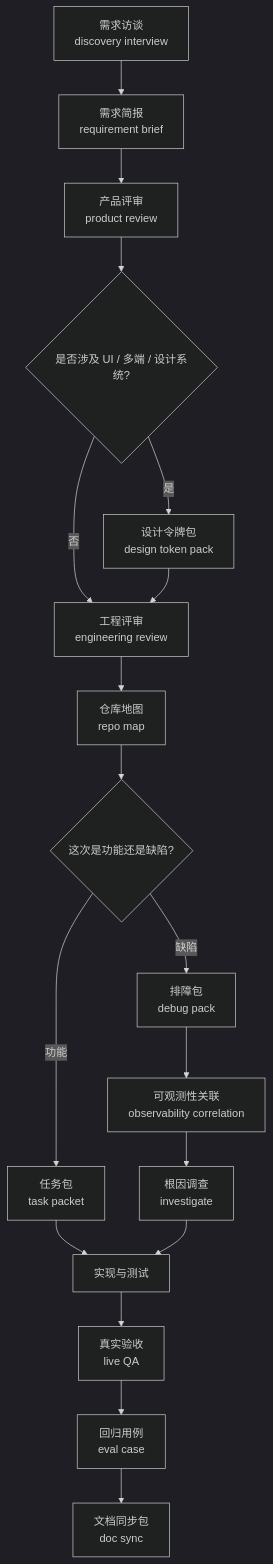
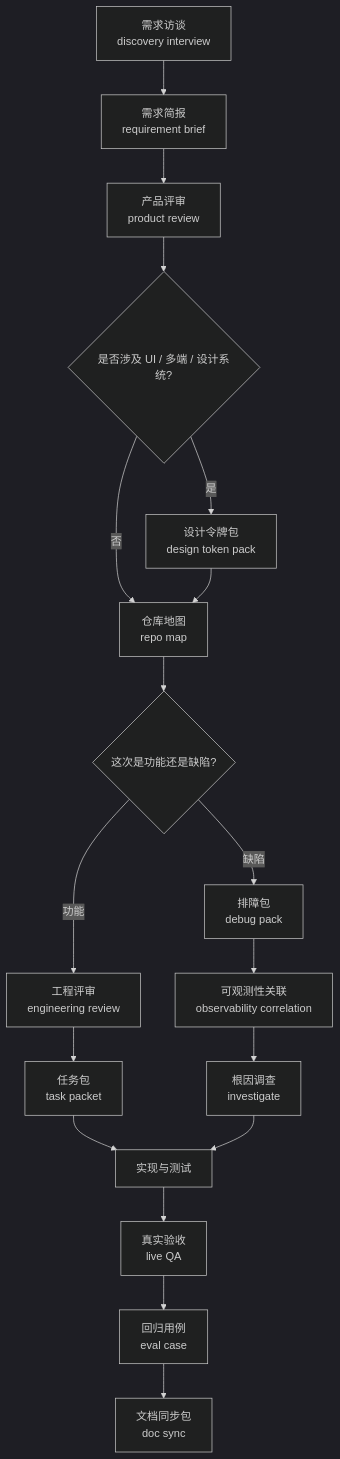
One commit to BobbyCats/ai-dev-runtime-protocol changed the diagram in docs/guides/usage-guide-完整使用手册.md. Above: the diagram before and after it, drawn with Mermaid (dark theme). The commit also changed other lines of this file and 47 other files, not shown here.

````diff
--- a/docs/guides/usage-guide-完整使用手册.md
+++ b/docs/guides/usage-guide-完整使用手册.md
@@ -64,20 +64,20 @@
 ```mermaid
 flowchart TD
   A["需求访谈<br/>discovery interview"] --> B["需求简报<br/>requirement brief"]
   B --> C["产品评审<br/>product review"]
   C --> D{"是否涉及 UI / 多端 / 设计系统?"}
   D -- 是 --> E["设计令牌包<br/>design token pack"]
-  D -- 否 --> F["工程评审<br/>engineering review"]
+  D -- 否 --> F["仓库地图<br/>repo map"]
   E --> F
-  F --> G["仓库地图<br/>repo map"]
-  G --> H{"这次是功能还是缺陷?"}
-  H -- 功能 --> I["任务包<br/>task packet"]
-  H -- 缺陷 --> J["排障包<br/>debug pack"]
+  F --> G{"这次是功能还是缺陷?"}
+  G -- 功能 --> H["工程评审<br/>engineering review"]
+  H --> I["任务包<br/>task packet"]
+  G -- 缺陷 --> J["排障包<br/>debug pack"]
   J --> K["可观测性关联<br/>observability correlation"]
   K --> L["根因调查<br/>investigate"]
   I --> M["实现与测试"]
   L --> M
   M --> N["真实验收<br/>live QA"]
   N --> O["回归用例<br/>eval case"]
   O --> P["文档同步包<br/>doc sync"]
 ```
````
